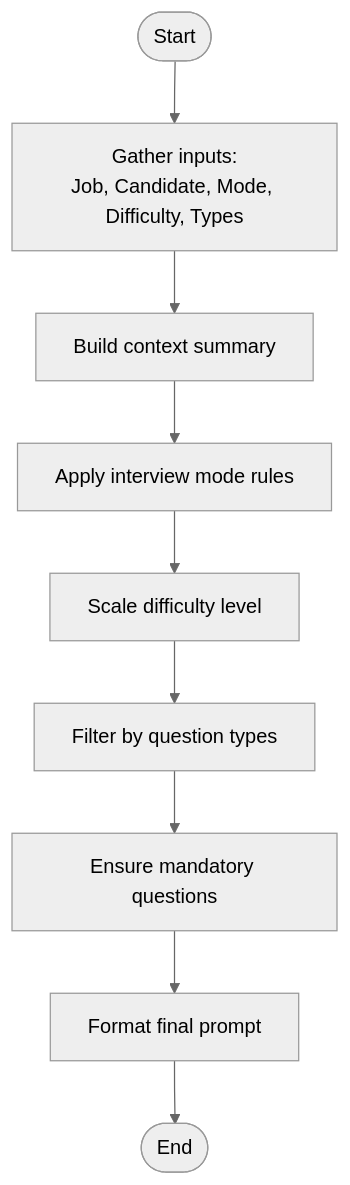
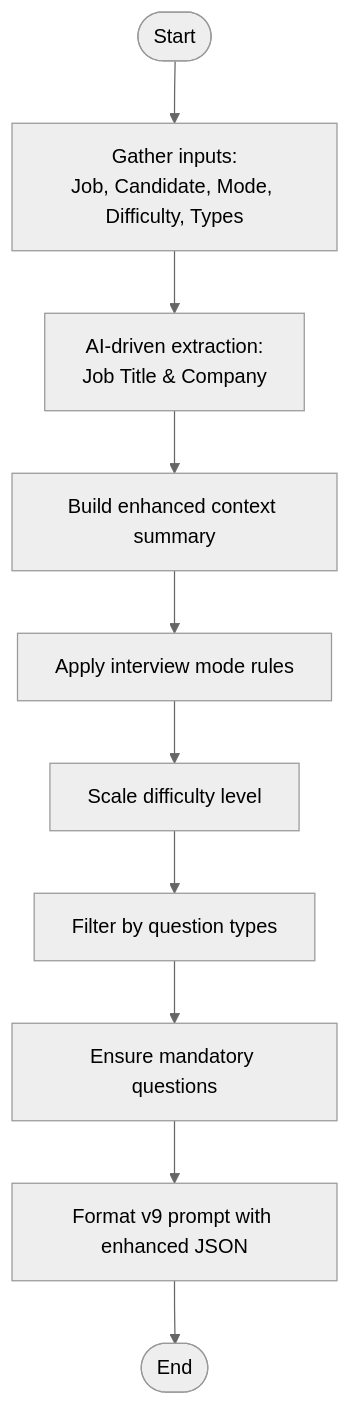
One commit to zmyeo54/briefroom changed the fourth of 6 diagrams in .qoder/repowiki/en/content/Core Features/Interview Question Generator/Interview Question Generator.md. Above: the diagram before and after it, drawn with Mermaid (neutral theme). The commit also changed other lines of this file and 42 other files, not shown here.

First line of the commit message:
feat(job-application): enhance job metadata extraction and processing capabilities

````diff
--- a/.qoder/repowiki/en/content/Core Features/Interview Question Generator/Interview Question Generator.md
+++ b/.qoder/repowiki/en/content/Core Features/Interview Question Generator/Interview Question Generator.md
@@ -235,11 +254,12 @@
 ```mermaid
 flowchart TD
 Start(["Start"]) --> Gather["Gather inputs:<br/>Job, Candidate, Mode, Difficulty, Types"]
-Gather --> BuildContext["Build context summary"]
+Gather --> Extract["AI-driven extraction:<br/>Job Title & Company"]
+Extract --> BuildContext["Build enhanced context summary"]
 BuildContext --> ApplyMode["Apply interview mode rules"]
 ApplyMode --> ScaleDifficulty["Scale difficulty level"]
 ScaleDifficulty --> FilterTypes["Filter by question types"]
 FilterTypes --> EnsureMandatory["Ensure mandatory questions"]
-EnsureMandatory --> FormatPrompt["Format final prompt"]
-FormatPrompt --> End(["End"])
+EnsureMandatory --> FormatV9["Format v9 prompt with enhanced JSON"]
+FormatV9 --> End(["End"])
 ```
````
